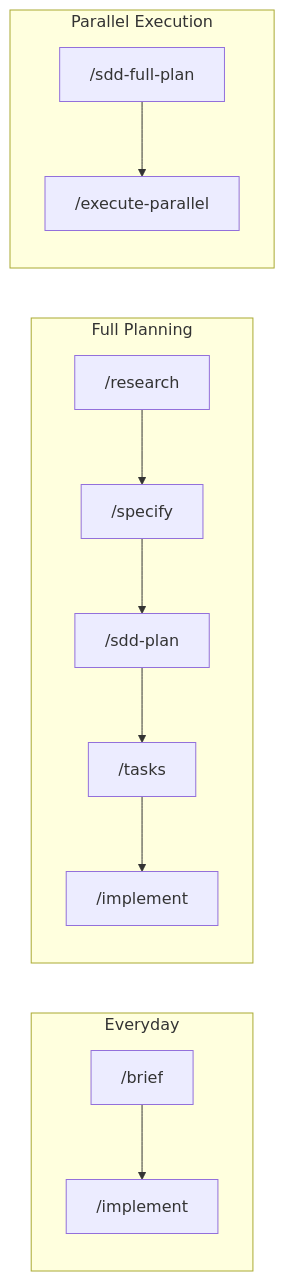
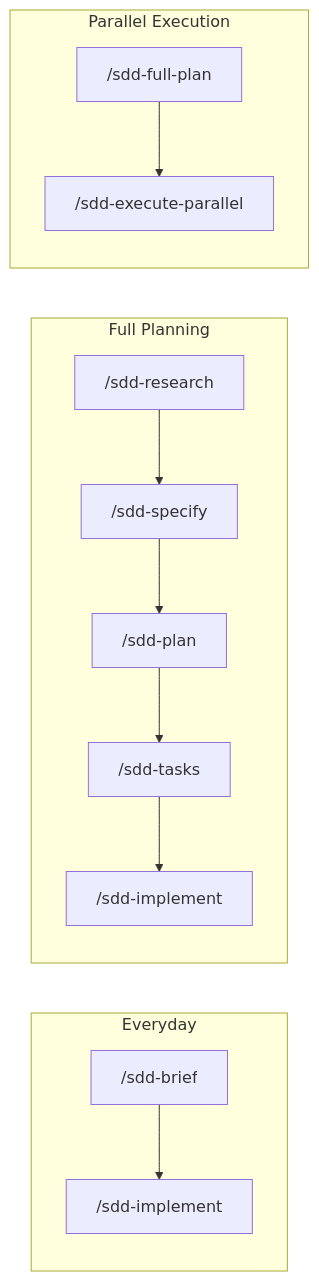
Before and after one commit to Acetyld/spec-kit-command-cursor: the first of 2 diagrams in README-technical.md, drawn with Mermaid. The commit also changed other lines of this file and 92 other files, not shown here.

````diff
--- a/README-technical.md
+++ b/README-technical.md
@@ -163,12 +163,12 @@
 ```mermaid
 flowchart LR
     subgraph quick [Everyday]
-        A["/brief"] --> B["/implement"]
+        A["/sdd-brief"] --> B["/sdd-implement"]
     end
     subgraph full [Full Planning]
-        D["/research"] --> E["/specify"] --> F["/sdd-plan"] --> G["/tasks"] --> H["/implement"]
+        D["/sdd-research"] --> E["/sdd-specify"] --> F["/sdd-plan"] --> G["/sdd-tasks"] --> H["/sdd-implement"]
     end
     subgraph parallel [Parallel Execution]
-        I["/sdd-full-plan"] --> J["/execute-parallel"]
+        I["/sdd-full-plan"] --> J["/sdd-execute-parallel"]
     end
 ```
````
